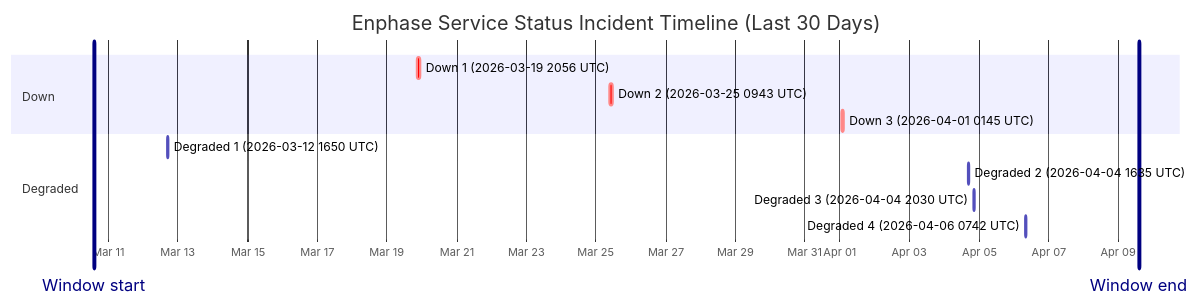
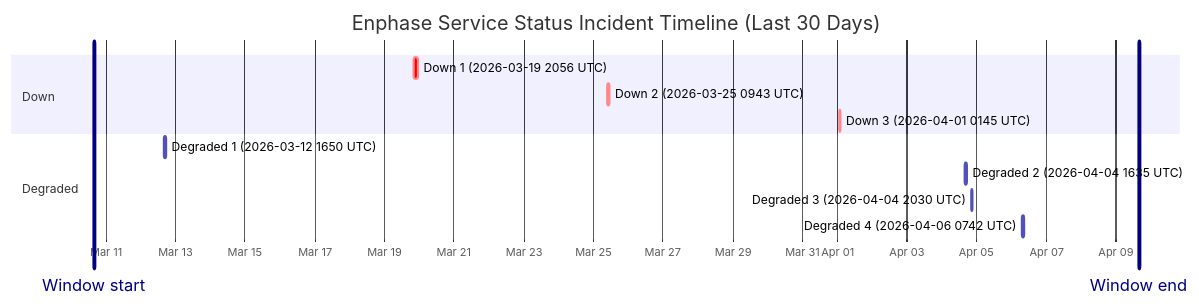
One commit to barneyonline/ha-enphase-ev-charger changed the diagram in wiki/Service-Status-History.md. Above: the diagram before and after it, drawn with Mermaid. The commit also changed other lines of this file and 3 other files, not shown here.

````diff
--- a/wiki/Service-Status-History.md
+++ b/wiki/Service-Status-History.md
@@ -14,17 +14,17 @@
 ```mermaid
 gantt
     title Enphase Service Status Incident Timeline (Last 30 Days)
     dateFormat  YYYY-MM-DDTHH:mm:ss
     axisFormat  %b %d
-    Window start :vert, window-start, 2026-03-10T14:03:37, 0ms
-    Window end :vert, window-end, 2026-04-09T14:03:37, 0ms
+    Window start :vert, window-start, 2026-03-10T16:00:51, 0ms
+    Window end :vert, window-end, 2026-04-09T16:00:51, 0ms
     section Down
     Down 1 (2026-03-19 2056 UTC) :crit, down-1, 2026-03-19T20:56:20, 145m
     Down 2 (2026-03-25 0943 UTC) :crit, down-2, 2026-03-25T09:43:28, 111m
     Down 3 (2026-04-01 0145 UTC) :crit, down-3, 2026-04-01T01:45:09, 60m
     section Degraded
     Degraded 1 (2026-03-12 1650 UTC) :active, degraded-1, 2026-03-12T16:50:43, 60m
     Degraded 2 (2026-04-04 1635 UTC) :active, degraded-2, 2026-04-04T16:35:17, 60m
     Degraded 3 (2026-04-04 2030 UTC) :active, degraded-3, 2026-04-04T20:30:40, 60m
     Degraded 4 (2026-04-06 0742 UTC) :active, degraded-4, 2026-04-06T07:42:09, 85m
 ```
````
